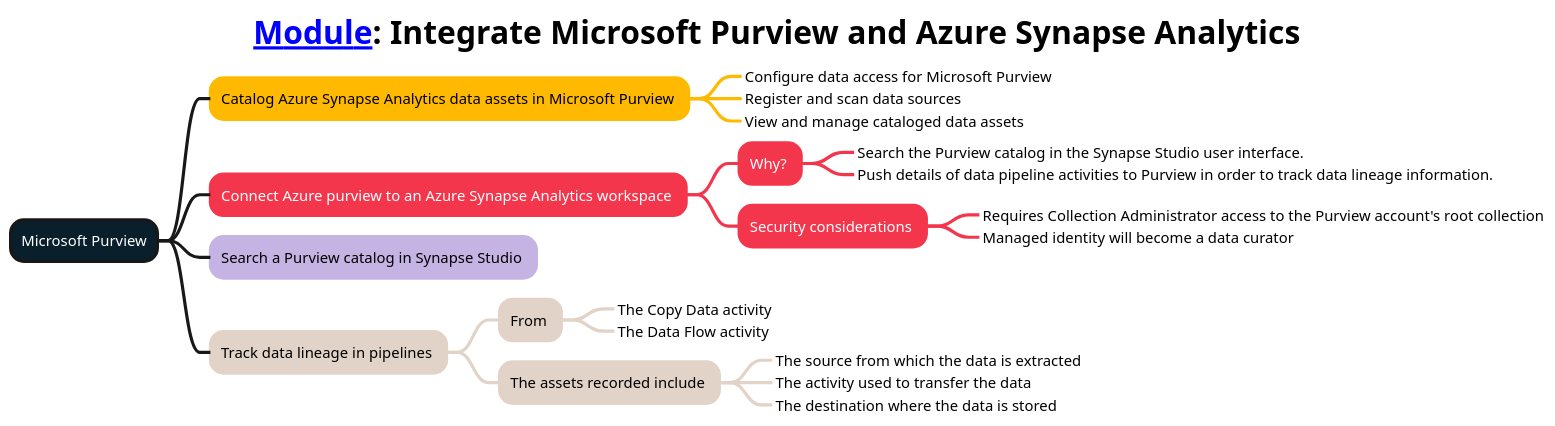
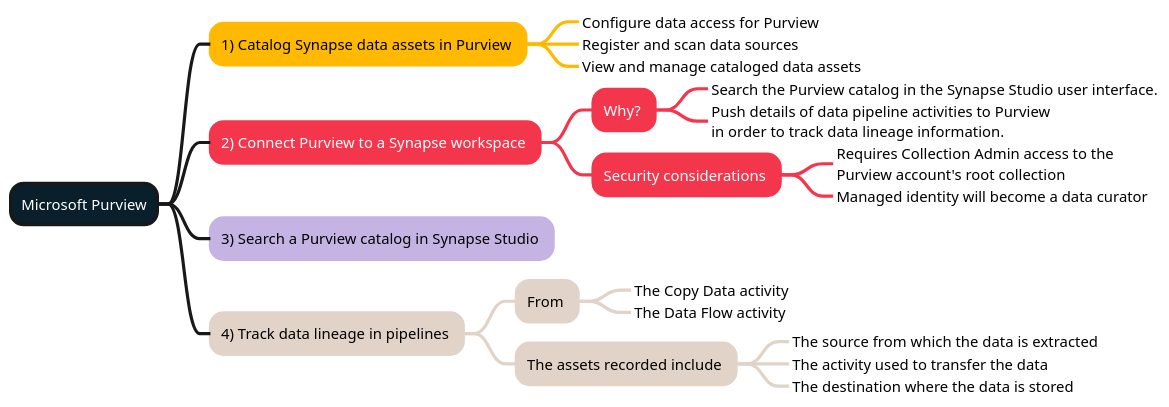
One commit to weslbo/dp-203 changed the diagram in mindmaps/21-Integrate Microsoft Purview and Azure Synapse Analytics.plantuml. Above: the diagram before and after it, drawn with PlantUML. The commit also changed 72 other files, not shown here.

Commit message:
Updated mindmaps

```diff
--- a/mindmaps/21-Integrate Microsoft Purview and Azure Synapse Analytics.plantuml
+++ b/mindmaps/21-Integrate Microsoft Purview and Azure Synapse Analytics.plantuml
@@ -1,67 +1,60 @@
 @startmindmap
 <style>
-title {
-        FontSize 30
-        FontColor #000000
-    }
-mindmapDiagram {
-    :depth(0) {
-        BackgroundColor #091f2c
-        FontColor #ffffff
-        LineThickness 3.0
-    }
-    .topic1 {
-        BackgroundColor #ffb900
-        LineColor #ffb900
-        LineThickness 3.0
-        FontColor #000000
-    }
-    .topic2 {
-        BackgroundColor #f4364c
-        LineColor #f4364c
-        LineThickness 3.0
-        FontColor #ffffff
-    }
-    .topic3 {
-        BackgroundColor #c5b4e3
-        LineColor #c5b4e3
-        LineThickness 3.0
-        FontColor #000000
-    }
-    .topic4 {
-        BackgroundColor #e1d3c7
-        LineColor #e1d3c7
-        LineThickness 3.0
-        FontColor #000000
-    }
-    .topic5 {
-        BackgroundColor #07641d
-        LineColor #07641d
-        LineThickness 3.0
-        FontColor #ffffff
-    }
+:depth(0) {
+    BackgroundColor #091f2c
+    FontColor #ffffff
+    LineThickness 3.0
+}
+.topic1 {
+    BackgroundColor #ffb900
+    LineColor #ffb900
+    LineThickness 3.0
+    FontColor #000000
+}
+.topic2 {
+    BackgroundColor #f4364c
+    LineColor #f4364c
+    LineThickness 3.0
+    FontColor #ffffff
+}
+.topic3 {
+    BackgroundColor #c5b4e3
+    LineColor #c5b4e3
+    LineThickness 3.0
+    FontColor #000000
+}
+.topic4 {
+    BackgroundColor #e1d3c7
+    LineColor #e1d3c7
+    LineThickness 3.0
+    FontColor #000000
+}
+.topic5 {
+    BackgroundColor #07641d
+    LineColor #07641d
+    LineThickness 3.0
+    FontColor #ffffff
 }
 </style>
-title [[https://learn.microsoft.com/training/modules/integrate-microsoft-purview-azure-synapse-analytics/ Module]]: Integrate Microsoft Purview and Azure Synapse Analytics
 + Microsoft Purview
-++ Catalog Azure Synapse Analytics data assets in Microsoft Purview <<topic1>>
-+++_ Configure data access for Microsoft Purview
+++ 1) Catalog Synapse data assets in Purview <<topic1>>
++++_ Configure data access for Purview
 +++_ Register and scan data sources
 +++_ View and manage cataloged data assets
-++ Connect Azure purview to an Azure Synapse Analytics workspace <<topic2>>
+++ 2) Connect Purview to a Synapse workspace <<topic2>>
 +++ Why? <<topic2>>
 ++++_ Search the Purview catalog in the Synapse Studio user interface.
-++++_ Push details of data pipeline activities to Purview in order to track data lineage information.
+++++_ Push details of data pipeline activities to Purview\nin order to track data lineage information.
 +++ Security considerations <<topic2>>
-++++_ Requires Collection Administrator access to the Purview account's root collection
+++++_ Requires Collection Admin access to the\nPurview account's root collection
 ++++_ Managed identity will become a data curator
-++ Search a Purview catalog in Synapse Studio <<topic3>>
-++ Track data lineage in pipelines <<topic4>>
+++ 3) Search a Purview catalog in Synapse Studio <<topic3>>
+++ 4) Track data lineage in pipelines <<topic4>>
 +++ From <<topic4>>
 ++++_ The Copy Data activity
 ++++_ The Data Flow activity
 +++ The assets recorded include <<topic4>>
 ++++_ The source from which the data is extracted
 ++++_ The activity used to transfer the data
 ++++_ The destination where the data is stored
 @endmindmap
```
